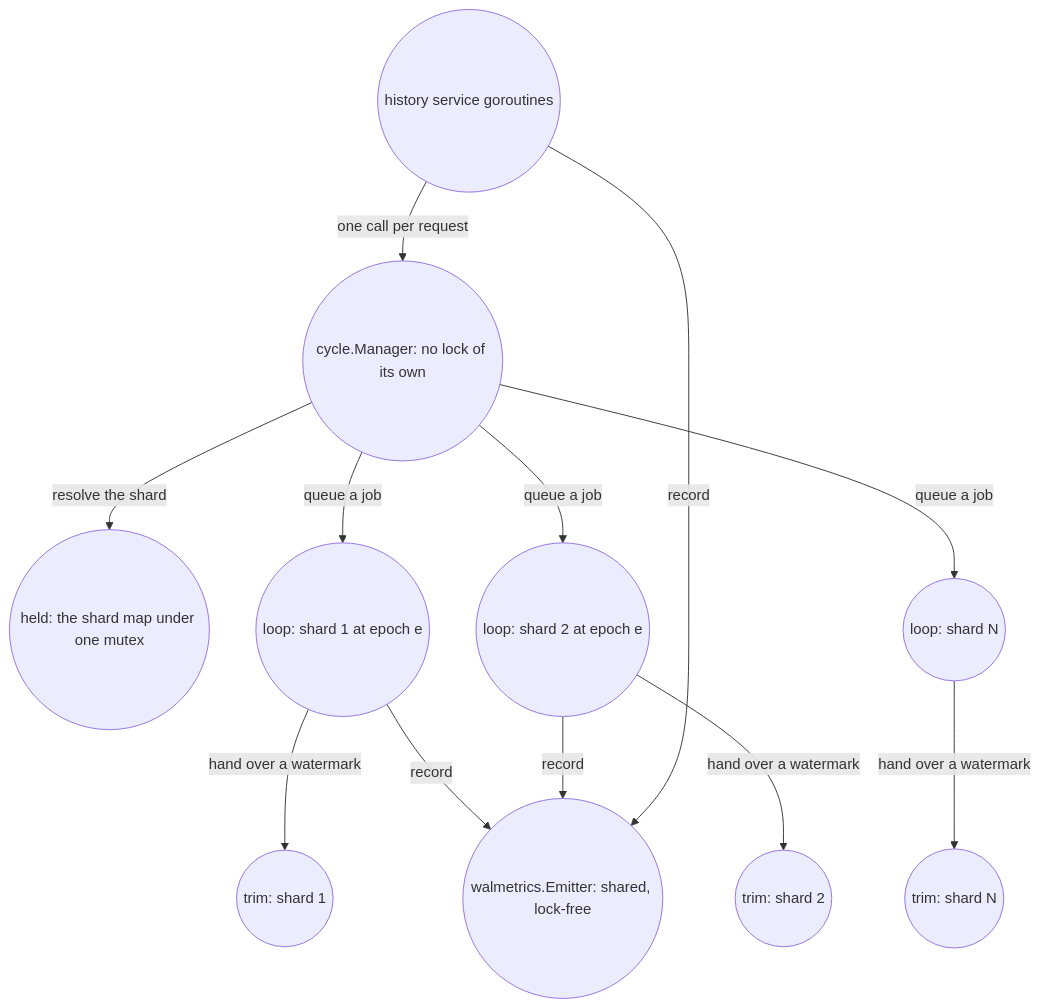
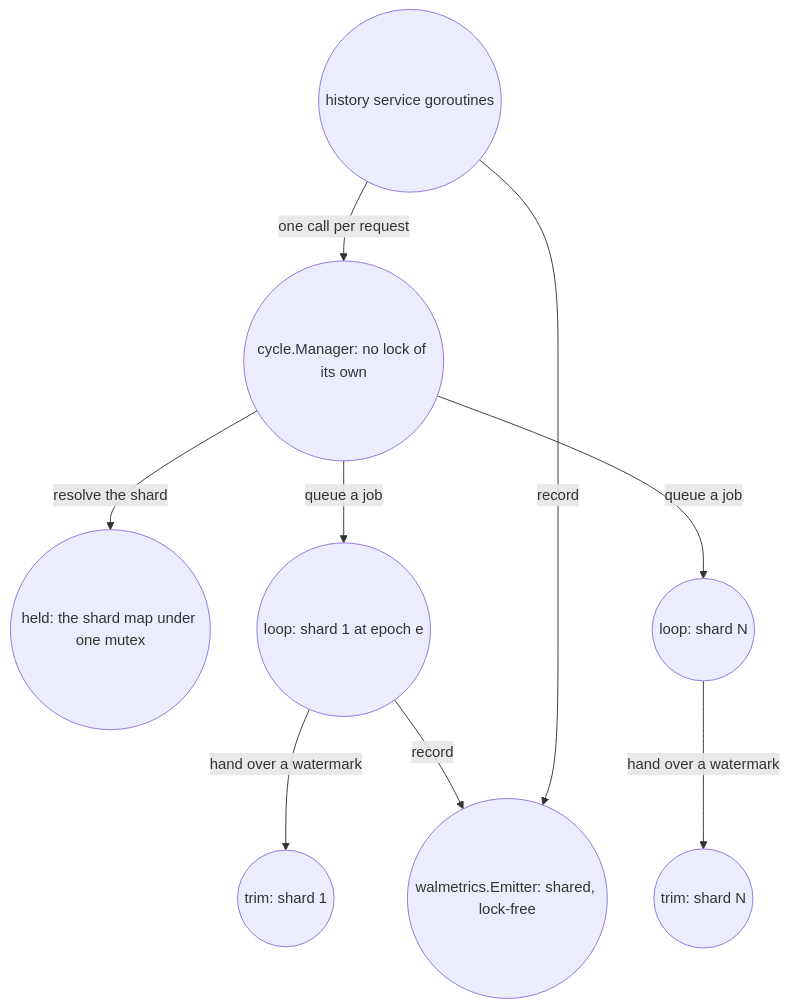
The fourth of 4 diagrams in docs/handbook/03-components.md (aromanovich/waltz), drawn with Mermaid before and after one commit. The commit also changed other lines of this file and 187 other files, not shown here.

````diff
--- a/docs/handbook/03-components.md
+++ b/docs/handbook/03-components.md
@@ -316,25 +277,20 @@
 ```mermaid
 graph TD
   SRV(("history service goroutines"))
   MGRG(("cycle.Manager: no lock of its own"))
   HELD(("held: the shard map under one mutex"))
   L1(("loop: shard 1 at epoch e"))
   T1(("trim: shard 1"))
-  L2(("loop: shard 2 at epoch e"))
-  T2(("trim: shard 2"))
   LN(("loop: shard N"))
   TN(("trim: shard N"))
   EMG(("walmetrics.Emitter: shared, lock-free"))
 
   SRV -->|"one call per request"| MGRG
   MGRG -->|"resolve the shard"| HELD
   MGRG -->|"queue a job"| L1
-  MGRG -->|"queue a job"| L2
   MGRG -->|"queue a job"| LN
   L1 -->|"hand over a watermark"| T1
-  L2 -->|"hand over a watermark"| T2
   LN -->|"hand over a watermark"| TN
   L1 -->|"record"| EMG
-  L2 -->|"record"| EMG
   SRV -->|"record"| EMG
 ```
````
